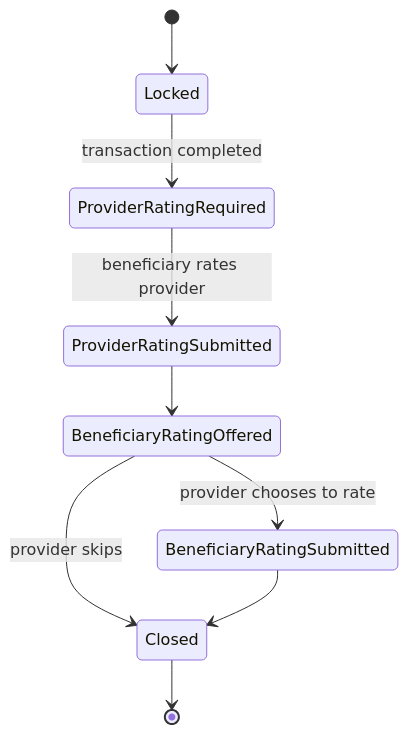
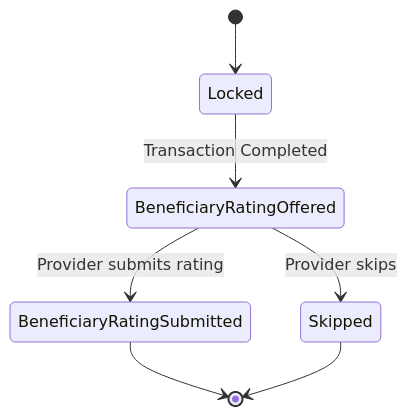
The second of 2 diagrams in docs/03-analysis/18-rating-reputation-model.md (Yadd-SanaaUniversityGraduationProject/yadd), drawn with Mermaid before and after one commit. The commit also changed other lines of this file, not shown here.

Commit message:
analysis: synchronize rating workflow with terminal Completed transaction

````diff
--- a/docs/03-analysis/18-rating-reputation-model.md
+++ b/docs/03-analysis/18-rating-reputation-model.md
@@ -64,11 +76,9 @@
 ```mermaid
 stateDiagram-v2
     [*] --> Locked
-    Locked --> ProviderRatingRequired: transaction completed
-    ProviderRatingRequired --> ProviderRatingSubmitted: beneficiary rates provider
-    ProviderRatingSubmitted --> BeneficiaryRatingOffered
-    BeneficiaryRatingOffered --> BeneficiaryRatingSubmitted: provider chooses to rate
-    BeneficiaryRatingOffered --> Closed: provider skips
-    BeneficiaryRatingSubmitted --> Closed
-    Closed --> [*]
+    Locked --> BeneficiaryRatingOffered: Transaction Completed
+    BeneficiaryRatingOffered --> BeneficiaryRatingSubmitted: Provider submits rating
+    BeneficiaryRatingOffered --> Skipped: Provider skips
+    BeneficiaryRatingSubmitted --> [*]
+    Skipped --> [*]
 ```
````
